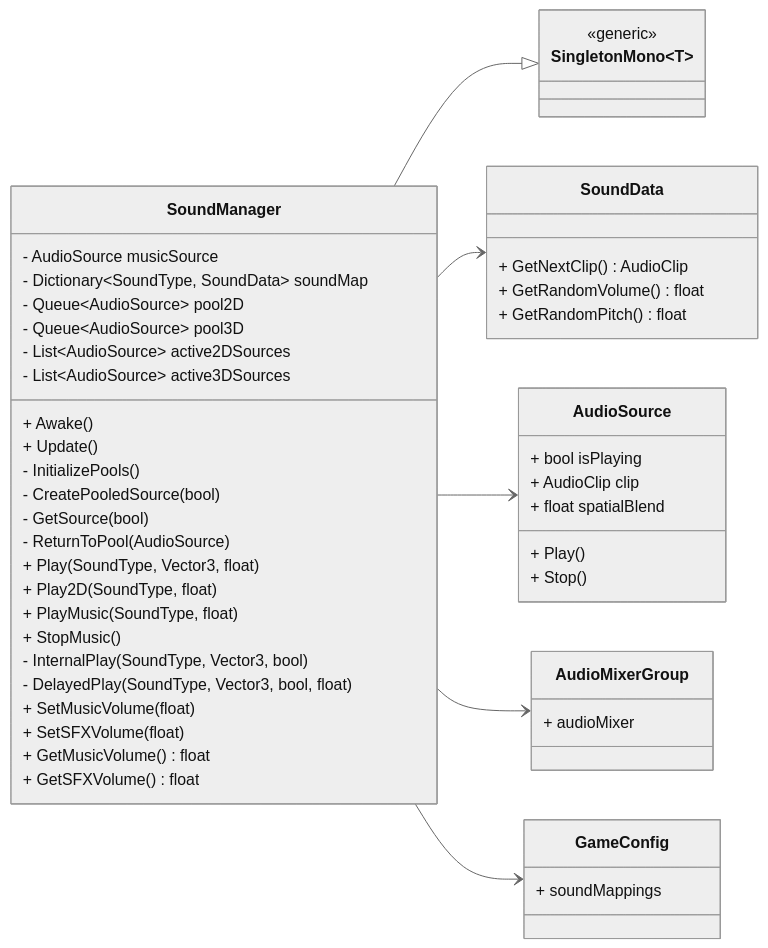
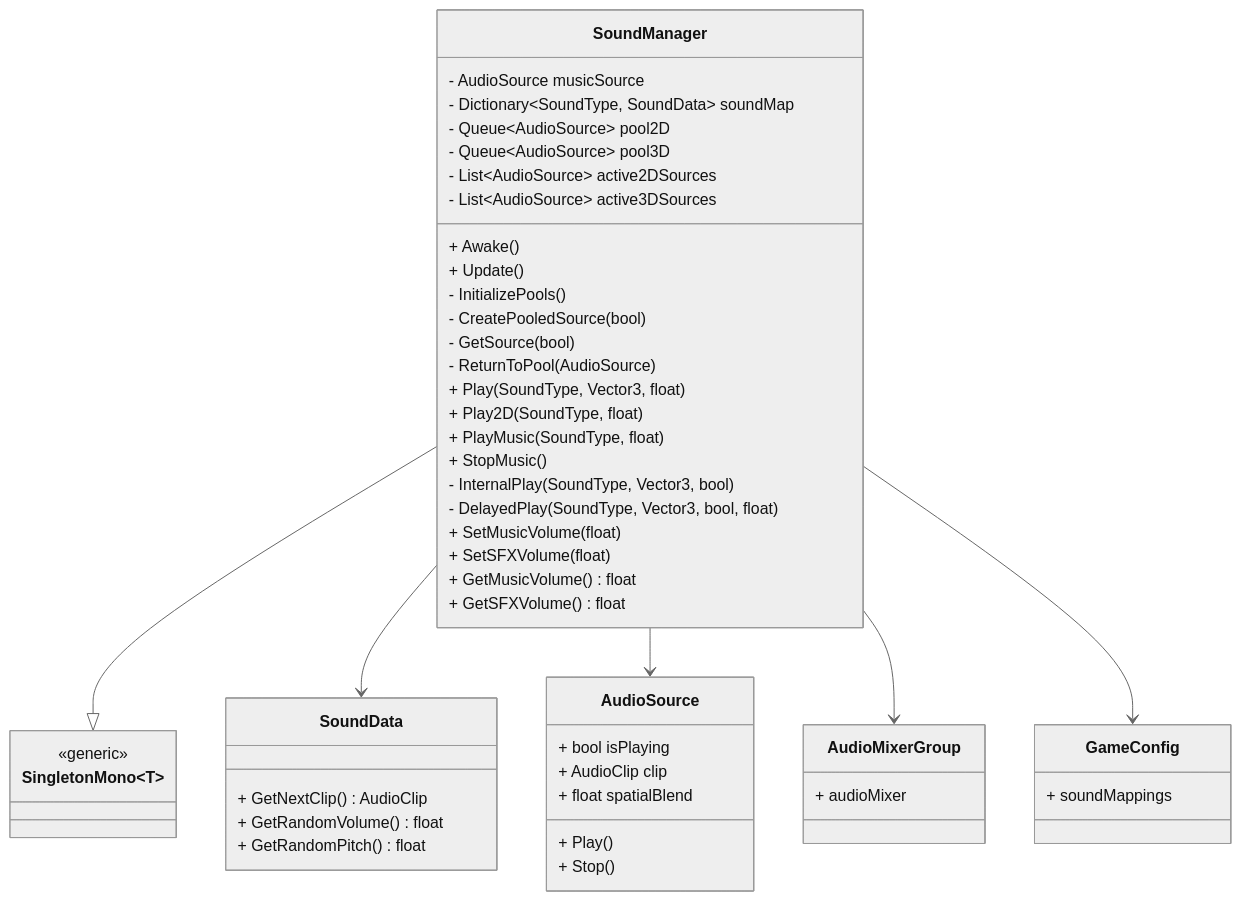
Before and after one commit to LeHien6601/Fishy-Business: the diagram in Diagram/SoundManager.mmd, drawn with Mermaid (neutral theme). The commit also changed 3 other files, not shown here.

Commit message:
update mermaid diagram

```diff
--- a/Diagram/SoundManager.mmd
+++ b/Diagram/SoundManager.mmd
@@ -1,65 +1,65 @@
 classDiagram
-    direction LR
+    direction TD
 
     class SingletonMono~T~ {
         <<generic>>
     }
 
     class SoundManager {
         - AudioSource musicSource
         - Dictionary~SoundType, SoundData~ soundMap
 
         - Queue~AudioSource~ pool2D
         - Queue~AudioSource~ pool3D
         - List~AudioSource~ active2DSources
         - List~AudioSource~ active3DSources
 
         + Awake()
         + Update()
 
         - InitializePools()
         - CreatePooledSource(bool)
         - GetSource(bool)
         - ReturnToPool(AudioSource)
 
         + Play(SoundType, Vector3, float)
         + Play2D(SoundType, float)
         + PlayMusic(SoundType, float)
         + StopMusic()
 
         - InternalPlay(SoundType, Vector3, bool)
         - DelayedPlay(SoundType, Vector3, bool, float)
 
         + SetMusicVolume(float)
         + SetSFXVolume(float)
         + GetMusicVolume() float
         + GetSFXVolume() float
     }
 
     class SoundData {
         + GetNextClip() AudioClip
         + GetRandomVolume() float
         + GetRandomPitch() float
     }
 
     class AudioSource {
         + Play()
         + Stop()
         + bool isPlaying
         + AudioClip clip
         + float spatialBlend
     }
 
     class AudioMixerGroup {
         + audioMixer
     }
 
     class GameConfig {
         + soundMappings
     }
 
     SoundManager --|> SingletonMono~SoundManager~
     SoundManager --> SoundData
     SoundManager --> AudioSource
     SoundManager --> AudioMixerGroup
     SoundManager --> GameConfig
```
